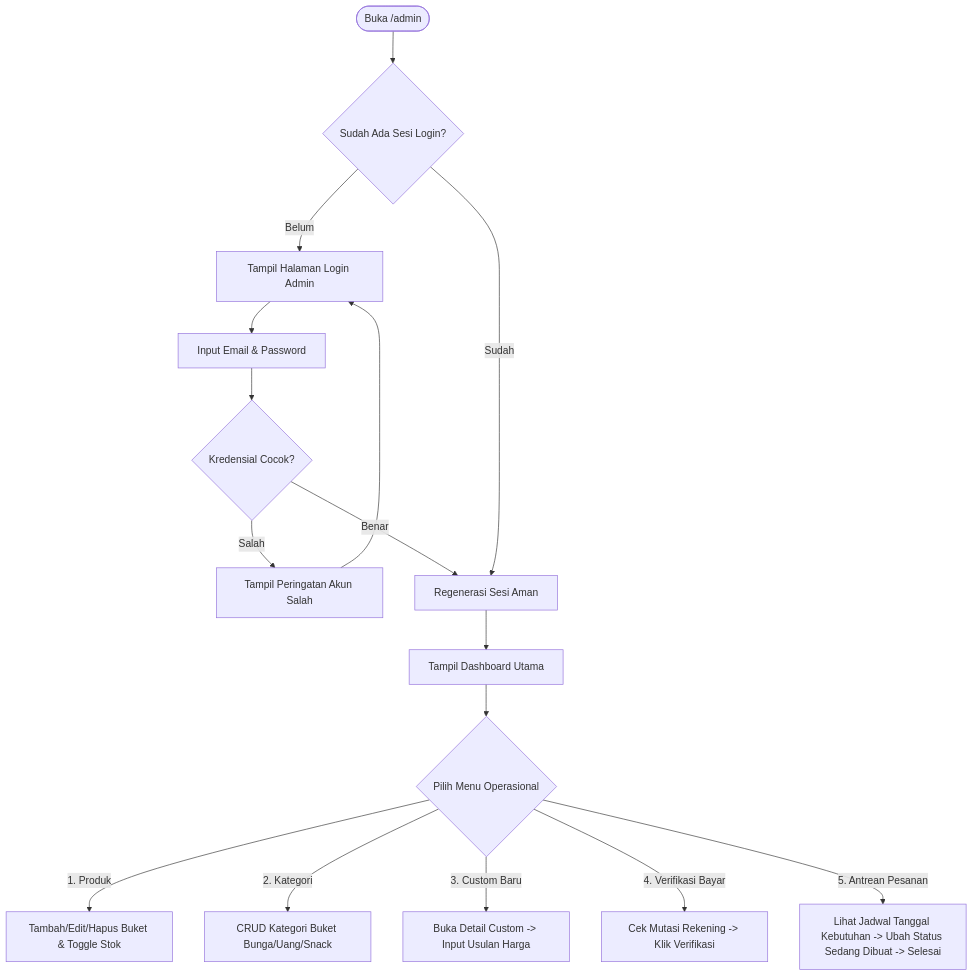
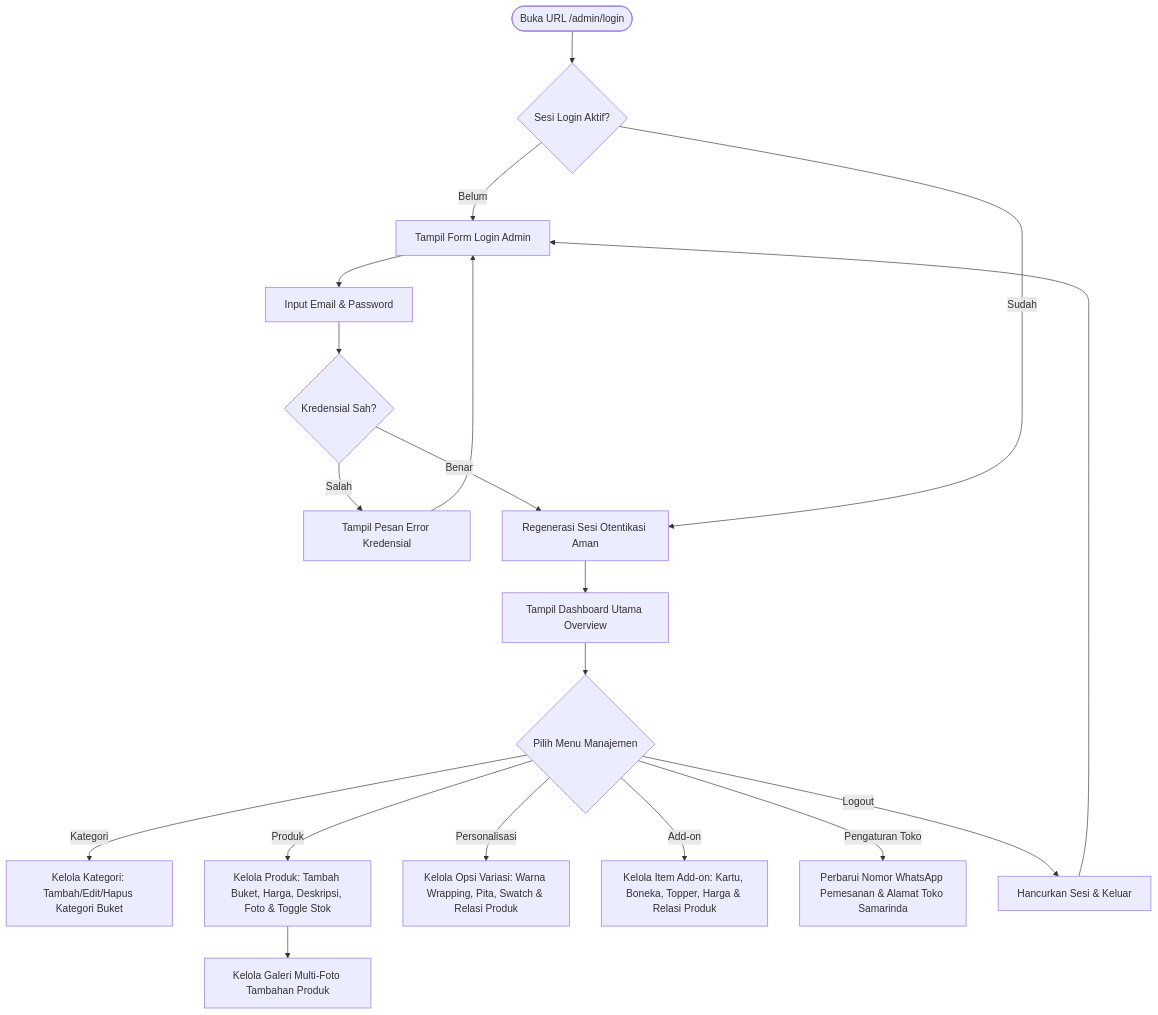
The fifth of 5 diagrams in user-flow.md (Elfend11/buketbunga), drawn with Mermaid before and after one commit. The commit also changed other lines of this file and 89 other files, not shown here.

````diff
--- a/user-flow.md
+++ b/user-flow.md
@@ -216,20 +170,25 @@
 ```mermaid
 flowchart TD
-    AdminStart([Buka /admin]) --> CheckSession{Sudah Ada Sesi Login?}
-    CheckSession -- Belum --> ShowLogin[Tampil Halaman Login Admin]
-    ShowLogin --> SubmitAuth[Input Email & Password]
-    SubmitAuth --> ValidateAuth{Kredensial Cocok?}
-    ValidateAuth -- Salah --> ErrorLogin[Tampil Peringatan Akun Salah]
-    ErrorLogin --> ShowLogin
+    StartAdmin([Buka URL /admin/login]) --> CheckAuth{Sesi Login Aktif?}
+    CheckAuth -- Belum --> ShowLoginForm[Tampil Form Login Admin]
+    ShowLoginForm --> SubmitCredentials[Input Email & Password]
+    SubmitCredentials --> ValidateCredentials{Kredensial Sah?}
+    ValidateCredentials -- Salah --> ShowLoginError[Tampil Pesan Error Kredensial]
+    ShowLoginError --> ShowLoginForm
     
-    ValidateAuth -- Benar --> SessionCreate[Regenerasi Sesi Aman]
-    CheckSession -- Sudah --> SessionCreate
-    SessionCreate --> OpenDashboard[Tampil Dashboard Utama]
+    ValidateCredentials -- Benar --> CreateSession[Regenerasi Sesi Otentikasi Aman]
+    CheckAuth -- Sudah --> CreateSession
+    CreateSession --> ShowDashboard[Tampil Dashboard Utama Overview]
     
-    OpenDashboard --> MenuChoice{Pilih Menu Operasional}
-    MenuChoice -- 1. Produk --> ProductOps[Tambah/Edit/Hapus Buket & Toggle Stok]
-    MenuChoice -- 2. Kategori --> CategoryOps[CRUD Kategori Buket Bunga/Uang/Snack]
-    MenuChoice -- 3. Custom Baru --> ReviewCustom[Buka Detail Custom -> Input Usulan Harga]
-    MenuChoice -- 4. Verifikasi Bayar --> VerifyPayment[Cek Mutasi Rekening -> Klik Verifikasi]
-    MenuChoice -- 5. Antrean Pesanan --> UpdateOrder[Lihat Jadwal Tanggal Kebutuhan -> Ubah Status Sedang Dibuat -> Selesai]
+    ShowDashboard --> SelectMenu{Pilih Menu Manajemen}
+    
+    SelectMenu -- Kategori --> CategoryCRUD[Kelola Kategori: Tambah/Edit/Hapus Kategori Buket]
+    SelectMenu -- Produk --> ProductCRUD[Kelola Produk: Tambah Buket, Harga, Deskripsi, Foto & Toggle Stok]
+    ProductCRUD --> GalleryOps[Kelola Galeri Multi-Foto Tambahan Produk]
+    SelectMenu -- Personalisasi --> PersoCRUD[Kelola Opsi Variasi: Warna Wrapping, Pita, Swatch & Relasi Produk]
+    SelectMenu -- Add-on --> AddonCRUD[Kelola Item Add-on: Kartu, Boneka, Topper, Harga & Relasi Produk]
+    SelectMenu -- Pengaturan Toko --> SettingsCRUD[Perbarui Nomor WhatsApp Pemesanan & Alamat Toko Samarinda]
+    
+    SelectMenu -- Logout --> TerminateSession[Hancurkan Sesi & Keluar]
+    TerminateSession --> ShowLoginForm
 ```
````
